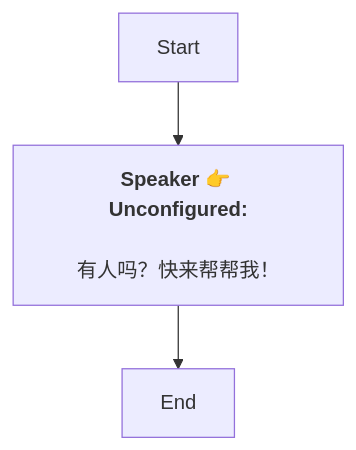
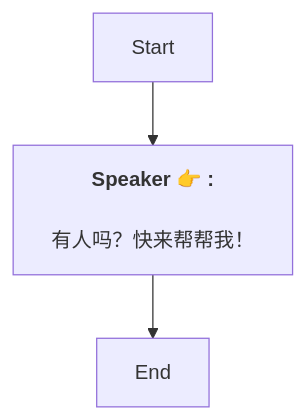
One commit to SoftHu/tos_avg changed the diagram in Zh/Dialog_55197877742593.md. Above: the diagram before and after it, drawn with Mermaid. The commit also changed 737 other files, not shown here.

````diff
--- a/Zh/Dialog_55197877742593.md
+++ b/Zh/Dialog_55197877742593.md
@@ -1,8 +1,7 @@
 ```mermaid
 graph
-Start -->1766332096469984[<b>Speaker 👉 Unconfigured:</b>
-
-有人吗？快来帮帮我！]
+Start -->1766332096469984[<b>Speaker 👉 :</b>
+\n有人吗？快来帮帮我！]
 1766332096469984 -->1766332107561954[End]
 
- ```
+```
````
